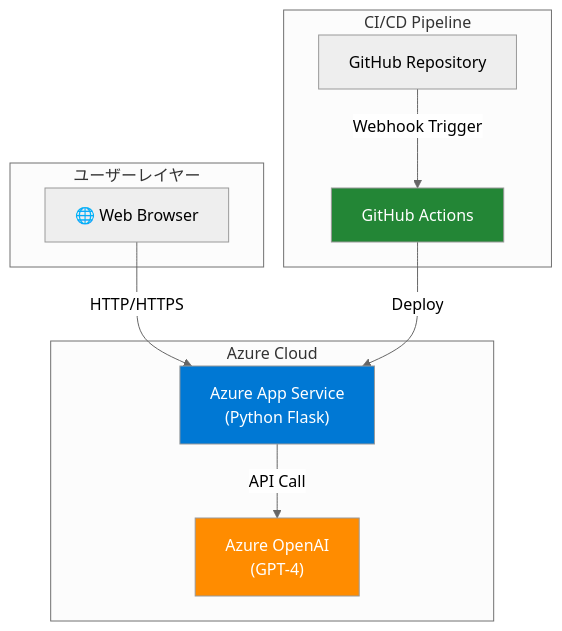
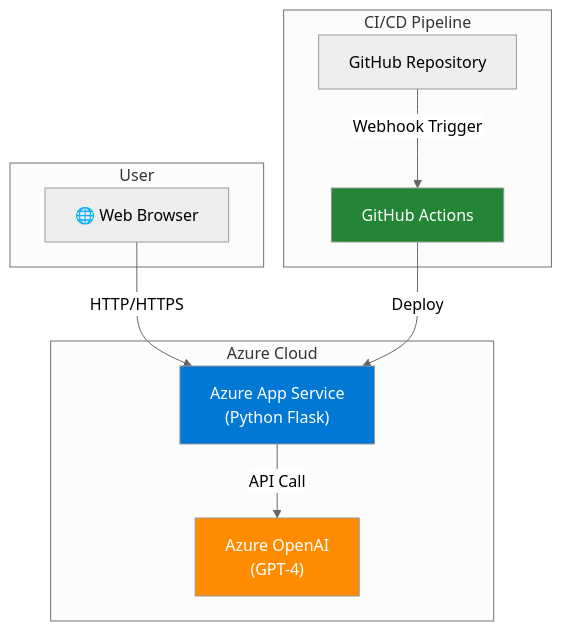
Before and after one commit to Ken-kichi/summary-func: the first of 2 diagrams in README.md, drawn with Mermaid (neutral theme). The commit also changed other lines of this file, not shown here.

````diff
--- a/README.md
+++ b/README.md
@@ -17,25 +17,25 @@
 ```mermaid
 graph TB
-    subgraph "ユーザーレイヤー"
+    subgraph "User"
         Browser["🌐 Web Browser"]
     end
 
     subgraph "Azure Cloud"
         AppService["Azure App Service<br/>(Python Flask)"]
         OpenAI["Azure OpenAI<br/>(GPT-4)"]
     end
 
     subgraph "CI/CD Pipeline"
         GitHub["GitHub Repository"]
         Actions["GitHub Actions"]
     end
 
     Browser -->|HTTP/HTTPS| AppService
     AppService -->|API Call| OpenAI
     GitHub -->|Webhook Trigger| Actions
     Actions -->|Deploy| AppService
 
     style AppService fill:#0078d4,color:#fff
     style OpenAI fill:#ff8c00,color:#fff
     style Actions fill:#238636,color:#fff
 ```
````
